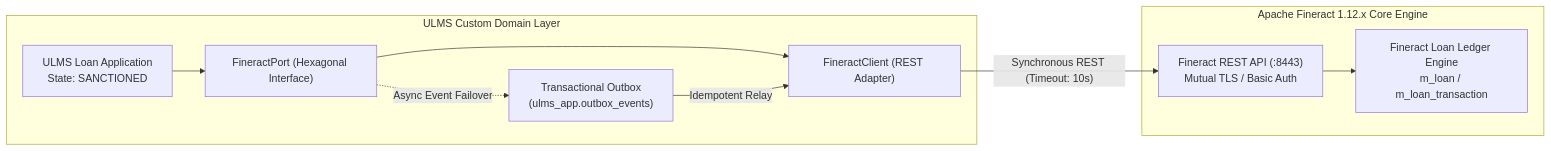
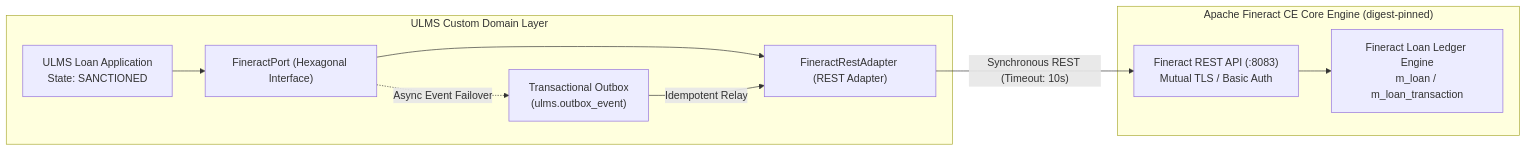
The first of 2 diagrams in technical_document/01_architecture/DOC-01-ARCH-02_Apache_Fineract_Core_Banking_Integration_Specification.md (maz279/ulms), drawn with Mermaid before and after one commit. The commit also changed other lines of this file and 128 other files, not shown here.

````diff
--- a/technical_document/01_architecture/DOC-01-ARCH-02_Apache_Fineract_Core_Banking_Integration_Specification.md
+++ b/technical_document/01_architecture/DOC-01-ARCH-02_Apache_Fineract_Core_Banking_Integration_Specification.md
@@ -30,21 +30,21 @@
 ```mermaid
 flowchart LR
     subgraph ULMS_Domain ["ULMS Custom Domain Layer"]
         APP["ULMS Loan Application<br/>State: SANCTIONED"]
         PORT["FineractPort (Hexagonal Interface)"]
-        CLIENT["FineractClient (REST Adapter)"]
-        OUTBOX["Transactional Outbox<br/>(ulms_app.outbox_events)"]
+        CLIENT["FineractRestAdapter (REST Adapter)"]
+        OUTBOX["Transactional Outbox<br/>(ulms.outbox_event)"]
     end
 
-    subgraph Fineract_Ledger ["Apache Fineract 1.12.x Core Engine"]
-        REST_API["Fineract REST API (:8443)<br/>Mutual TLS / Basic Auth"]
+    subgraph Fineract_Ledger ["Apache Fineract CE Core Engine (digest-pinned)"]
+        REST_API["Fineract REST API (:8083)<br/>Mutual TLS / Basic Auth"]
         LEDGER["Fineract Loan Ledger Engine<br/>m_loan / m_loan_transaction"]
     end
 
     APP --> PORT
     PORT --> CLIENT
     CLIENT -->|"Synchronous REST (Timeout: 10s)"| REST_API
     PORT -.->|"Async Event Failover"| OUTBOX
     OUTBOX -->|"Idempotent Relay"| CLIENT
     REST_API --> LEDGER
 ```
````
